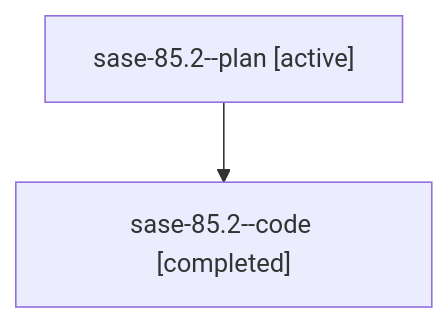
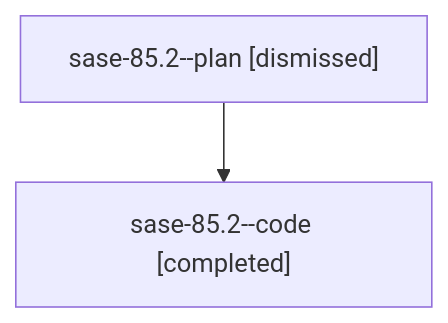
Before and after one commit to sase-org/sase--agents: the diagram in sessions/bbugyi200.athena.sase-85.2.md, drawn with Mermaid. The commit also changed other lines of this file and 88 other files, not shown here.

````diff
--- a/sessions/bbugyi200.athena.sase-85.2.md
+++ b/sessions/bbugyi200.athena.sase-85.2.md
@@ -9,6 +9,6 @@
 ```mermaid
 flowchart TD
-  n0["sase-85.2--plan [active]"]
+  n0["sase-85.2--plan [dismissed]"]
   n1["sase-85.2--code [completed]"]
   n0 --> n1
 ```
````
